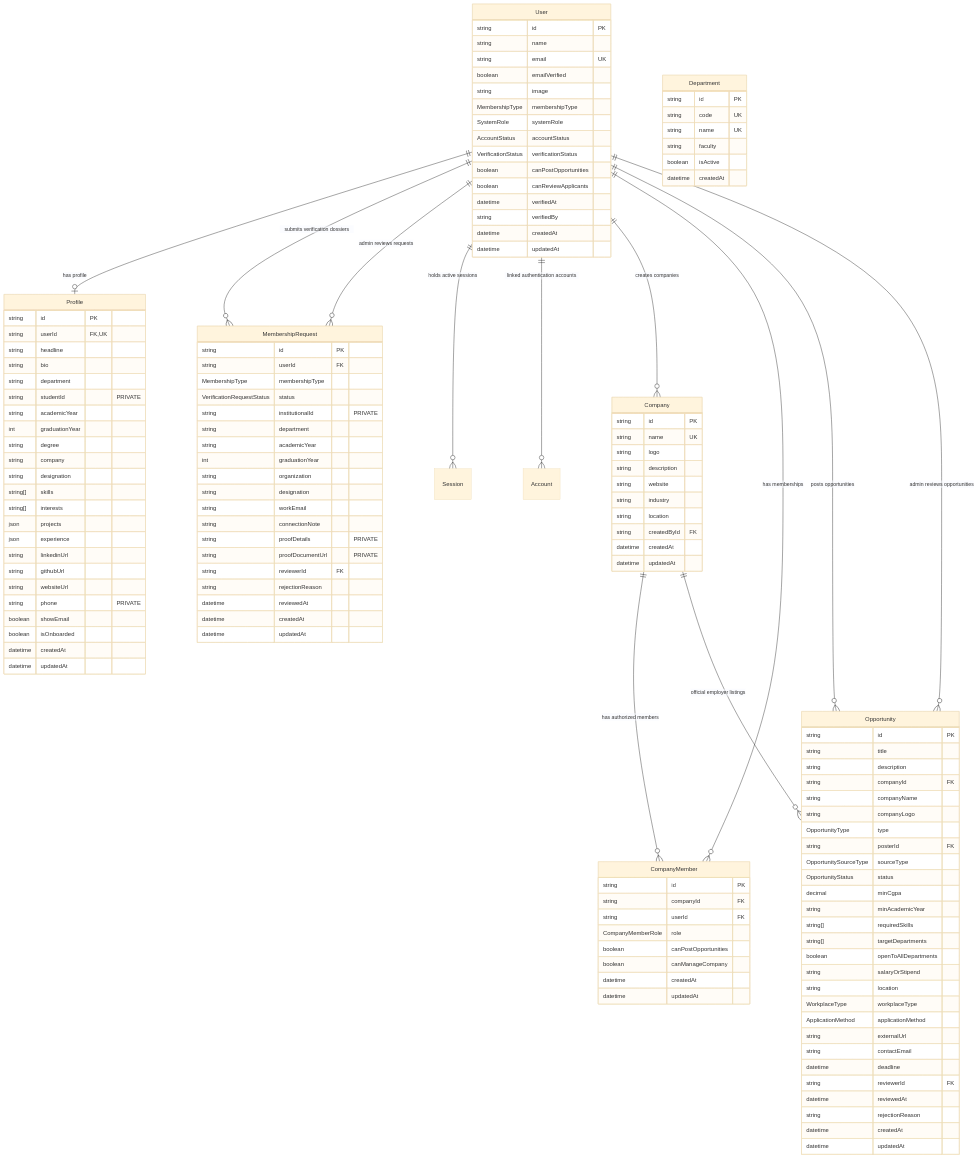
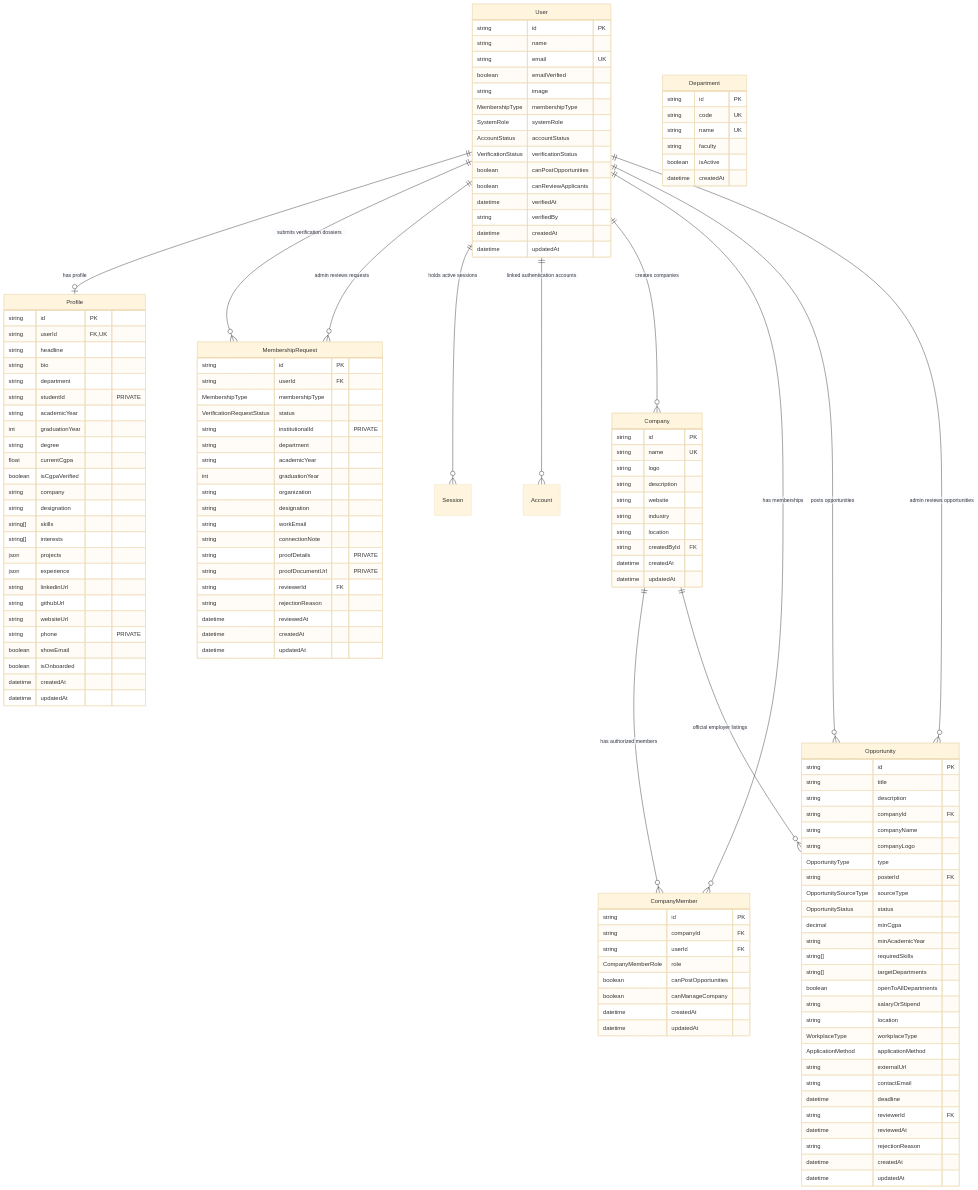
Before and after one commit to sooooojib/CAMPUS_JOB_HUNTING: the diagram in docs/DATABASE_SCHEMA.md, drawn with Mermaid (base theme). The commit also changed other lines of this file and 12 other files, not shown here.

```diff
--- a/docs/DATABASE_SCHEMA.md
+++ b/docs/DATABASE_SCHEMA.md
@@ -51,6 +51,8 @@
         string academicYear
         int graduationYear
         string degree
+        float currentCgpa
+        boolean isCgpaVerified
         string company
         string designation
         string[] skills
```
